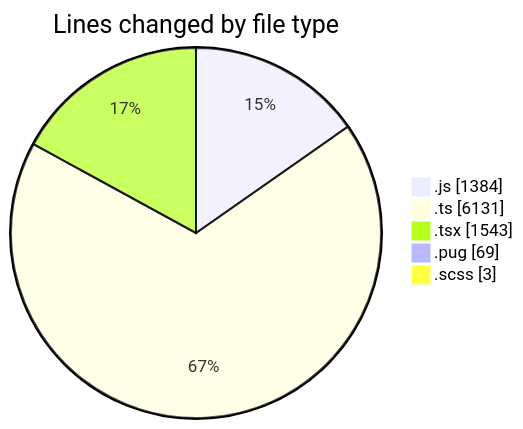
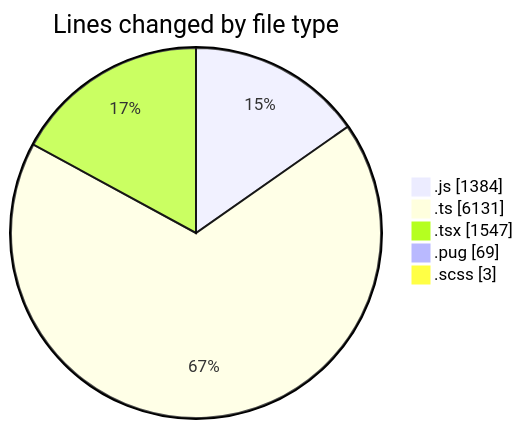
One commit to momahboobian/code-tracking changed the first of 2 diagrams in 2025-03-25/cda/README.md. Above: the diagram before and after it, drawn with Mermaid. The commit also changed other lines of this file and 1 other file, not shown here.

````diff
--- a/2025-03-25/cda/README.md
+++ b/2025-03-25/cda/README.md
@@ -38,9 +38,9 @@
 ```mermaid
 pie showData
 title Lines changed by file type
 ".js" : 1384
 ".ts" : 6131
-".tsx" : 1543
+".tsx" : 1547
 ".pug" : 69
 ".scss" : 3
 ```
````
